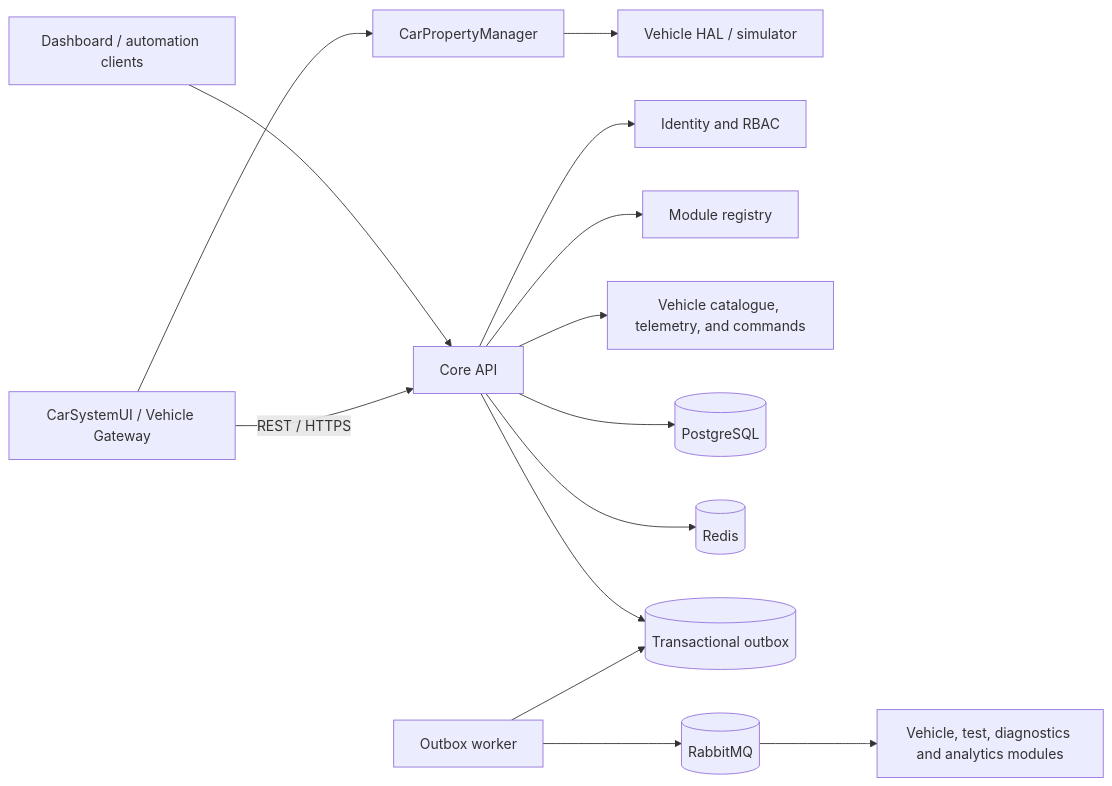
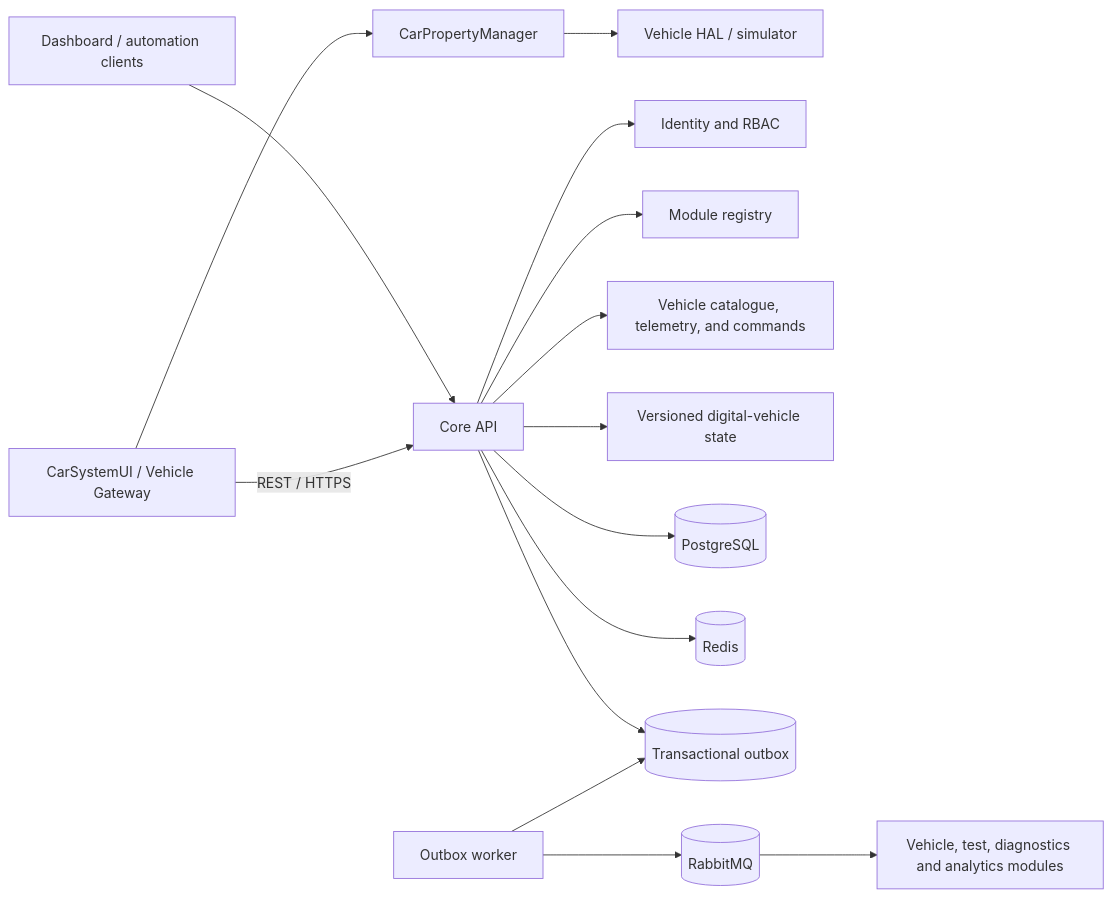
The diagram in docs/architecture.md (paulacristinaqa/automotive_test_engineering_platform), drawn with Mermaid before and after one commit. The commit also changed other lines of this file and 18 other files, not shown here.

Commit message:
Add versioned digital vehicle state

````diff
--- a/docs/architecture.md
+++ b/docs/architecture.md
@@ -10,16 +10,17 @@
 ```mermaid
 flowchart LR
     Client["Dashboard / automation clients"] --> API["Core API"]
     CarUI["CarSystemUI / Vehicle Gateway"] -->|"REST / HTTPS"| API
     CarUI --> CarAPI["CarPropertyManager"]
     CarAPI --> VHAL["Vehicle HAL / simulator"]
     API --> Identity["Identity and RBAC"]
     API --> Registry["Module registry"]
     API --> Vehicle["Vehicle catalogue, telemetry, and commands"]
+    API --> DigitalVehicle["Versioned digital-vehicle state"]
     API --> PG[(PostgreSQL)]
     API --> Redis[(Redis)]
     API --> Outbox[(Transactional outbox)]
     Worker["Outbox worker"] --> Outbox
     Worker --> MQ[(RabbitMQ)]
     MQ --> Modules["Vehicle, test, diagnostics and analytics modules"]
 ```
````
